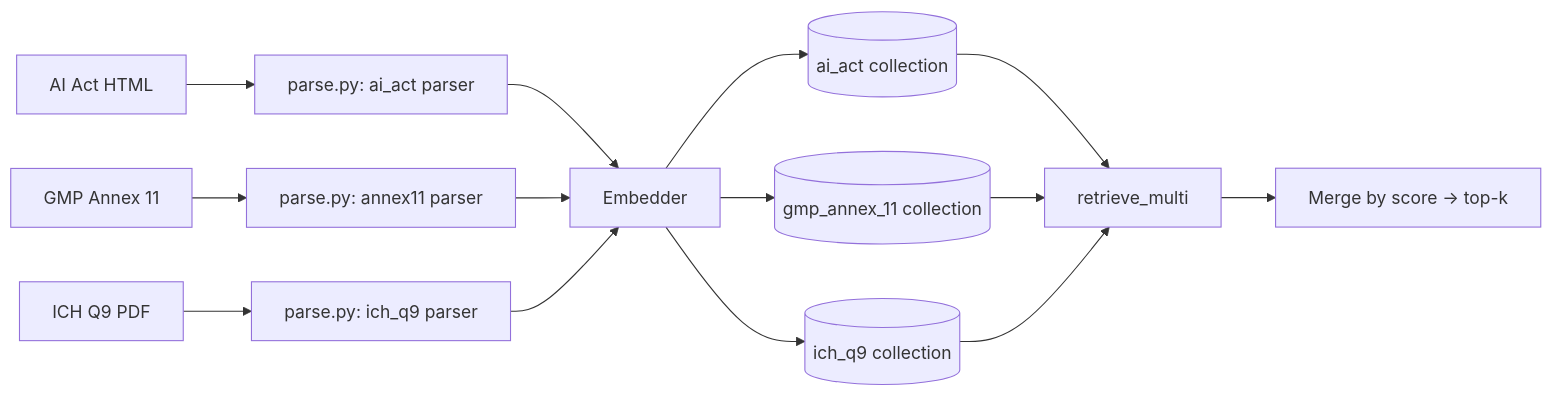
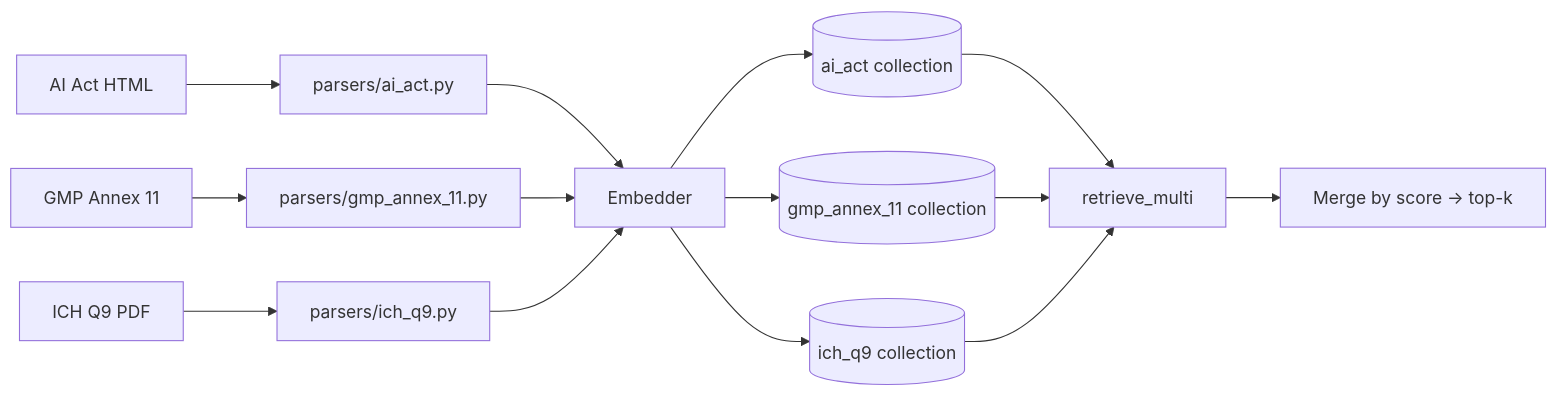
One commit to atcgx/ai-act-rag changed the third of 3 diagrams in README.md. Above: the diagram before and after it, drawn with Mermaid. The commit also changed other lines of this file and 1 other file, not shown here.

Commit message:
Clarify parser layout for multi-corpus extension

````diff
--- a/README.md
+++ b/README.md
@@ -172,16 +172,16 @@
 ```mermaid
 flowchart LR
-    A[AI Act HTML] --> PA[parse.py: ai_act parser]
-    G[GMP Annex 11] --> PG[parse.py: annex11 parser]
-    I[ICH Q9 PDF] --> PI[parse.py: ich_q9 parser]
+    A[AI Act HTML] --> PA[parsers/ai_act.py]
+    G[GMP Annex 11] --> PG[parsers/gmp_annex_11.py]
+    I[ICH Q9 PDF] --> PI[parsers/ich_q9.py]
     PA --> EMB[Embedder]
     PG --> EMB
     PI --> EMB
     EMB --> CA[(ai_act collection)]
     EMB --> CG[(gmp_annex_11 collection)]
     EMB --> CI[(ich_q9 collection)]
     CA --> RET[retrieve_multi]
     CG --> RET
     CI --> RET
     RET --> M[Merge by score → top-k]
 ```
````
